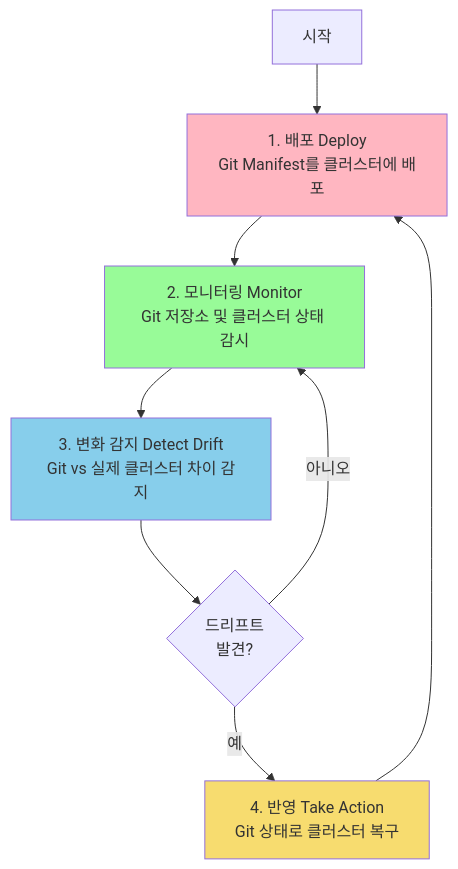
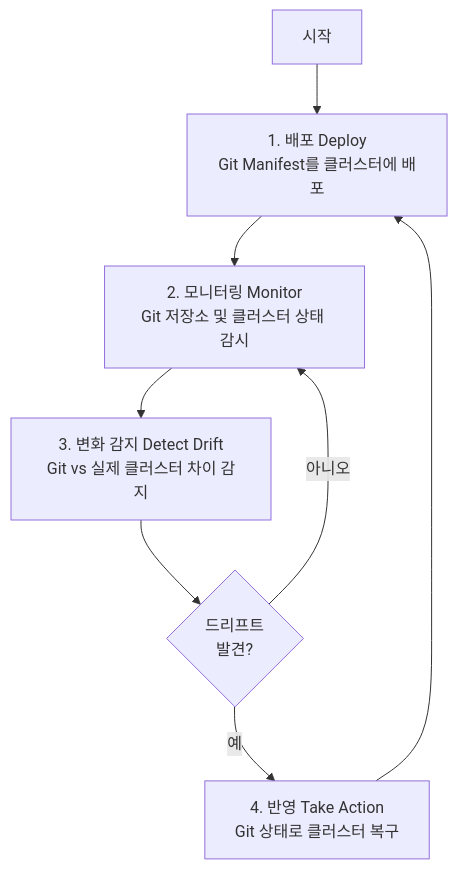
One commit to juwon8891/juwon8891.github.io changed the seventh of 11 diagrams in docs/cicd/week3-jenkins-argocd.md. Above: the diagram before and after it, drawn with Mermaid. The commit also changed other lines of this file and 18 other files, not shown here.

Commit message:
Remove bright colors from Mermaid diagrams for dark mode compatibility

````diff
--- a/docs/cicd/week3-jenkins-argocd.md
+++ b/docs/cicd/week3-jenkins-argocd.md
@@ -1133,20 +1108,16 @@
 ```mermaid
 flowchart TB
     START[시작] --> DEPLOY[1. 배포 Deploy<br/>Git Manifest를 클러스터에 배포]
 
     DEPLOY --> MONITOR[2. 모니터링 Monitor<br/>Git 저장소 및 클러스터 상태 감시]
 
     MONITOR --> DETECT[3. 변화 감지 Detect Drift<br/>Git vs 실제 클러스터 차이 감지]
 
     DETECT --> DRIFT{드리프트<br/>발견?}
 
     DRIFT -->|예| ACTION[4. 반영 Take Action<br/>Git 상태로 클러스터 복구]
     DRIFT -->|아니오| MONITOR
 
     ACTION --> DEPLOY
 
-    style DEPLOY fill:#FFB6C1
-    style MONITOR fill:#98FB98
-    style DETECT fill:#87CEEB
-    style ACTION fill:#F7DC6F
 ```
````
